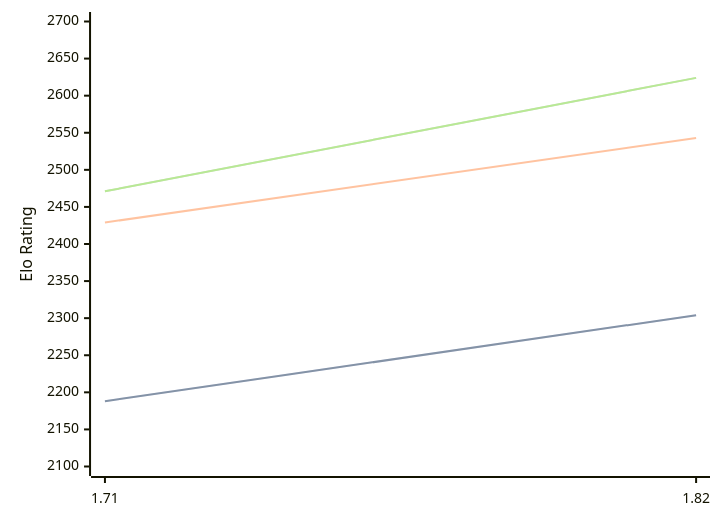
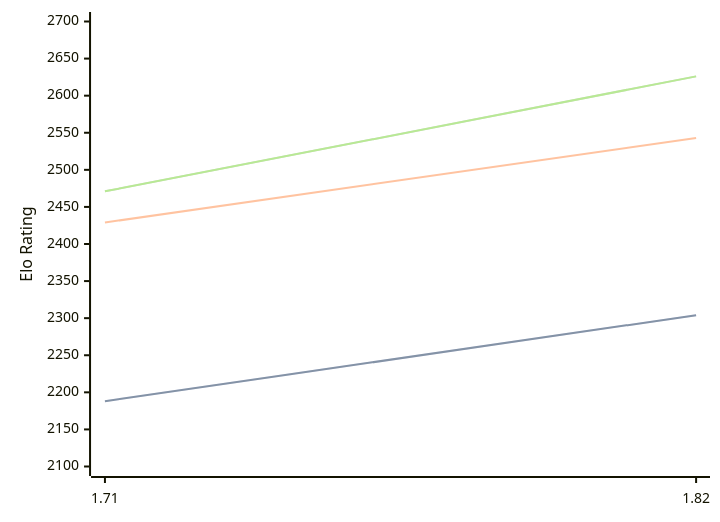
The diagram in engines/Amira.md (computer-chess-index/cci), drawn with Mermaid before and after one commit. The commit also changed other lines of this file, not shown here.

Commit message:
Update CCI Ratings (ELO VLTC) - 2026-09-10

````diff
--- a/engines/Amira.md
+++ b/engines/Amira.md
@@ -32,11 +32,11 @@
 ```mermaid
 %%{init: {"theme":"base","themeVariables":{"seriesColors:['#a3a3a3','#222221','#faa371']}}}%%
 xychart-beta
   x-axis ["1.71", "1.82"]
   y-axis "Elo Rating" 2100 --> 2700
   line "" [2188, 2304]
   line "STC (8.0+0.08s)" [2188, 2304]
   line "LTC (60.0+0.60s)" [2429, 2543]
-  line "" [2471, 2624]
-  line "VLTC (2m24s+1.12s)" [2471, 2624]
+  line "" [2471, 2626]
+  line "VLTC (2m24s+1.12s)" [2471, 2626]
 ```
````
